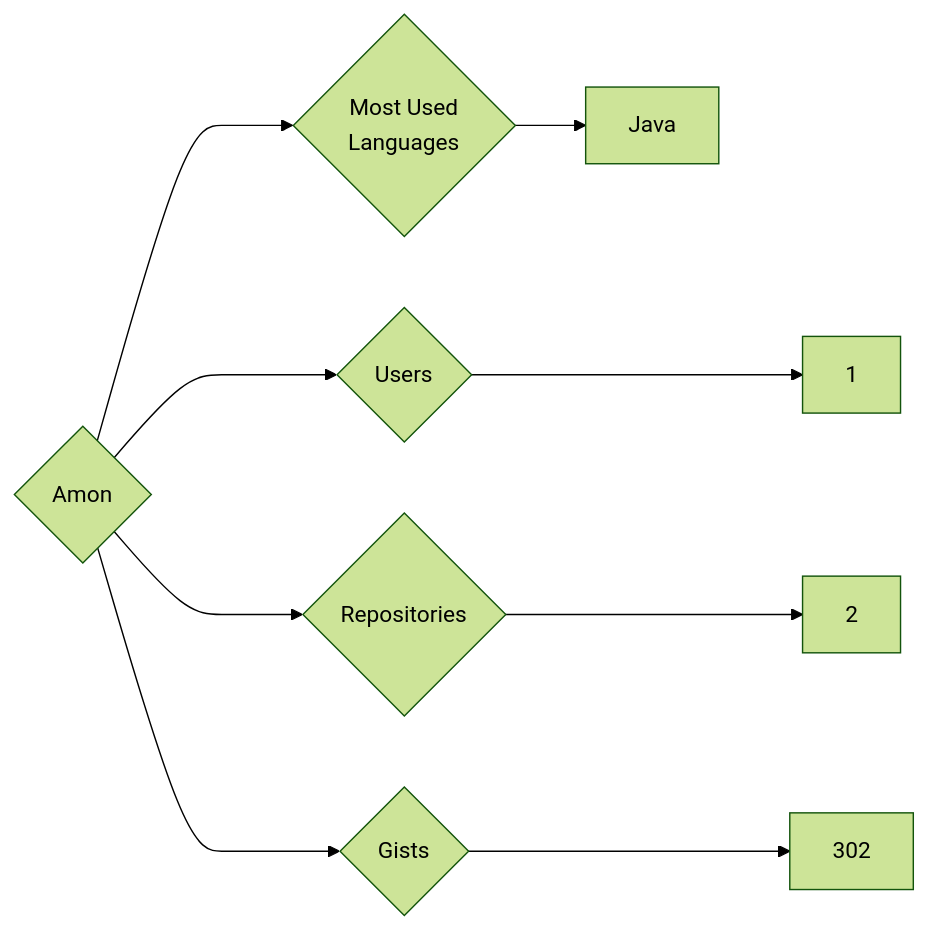
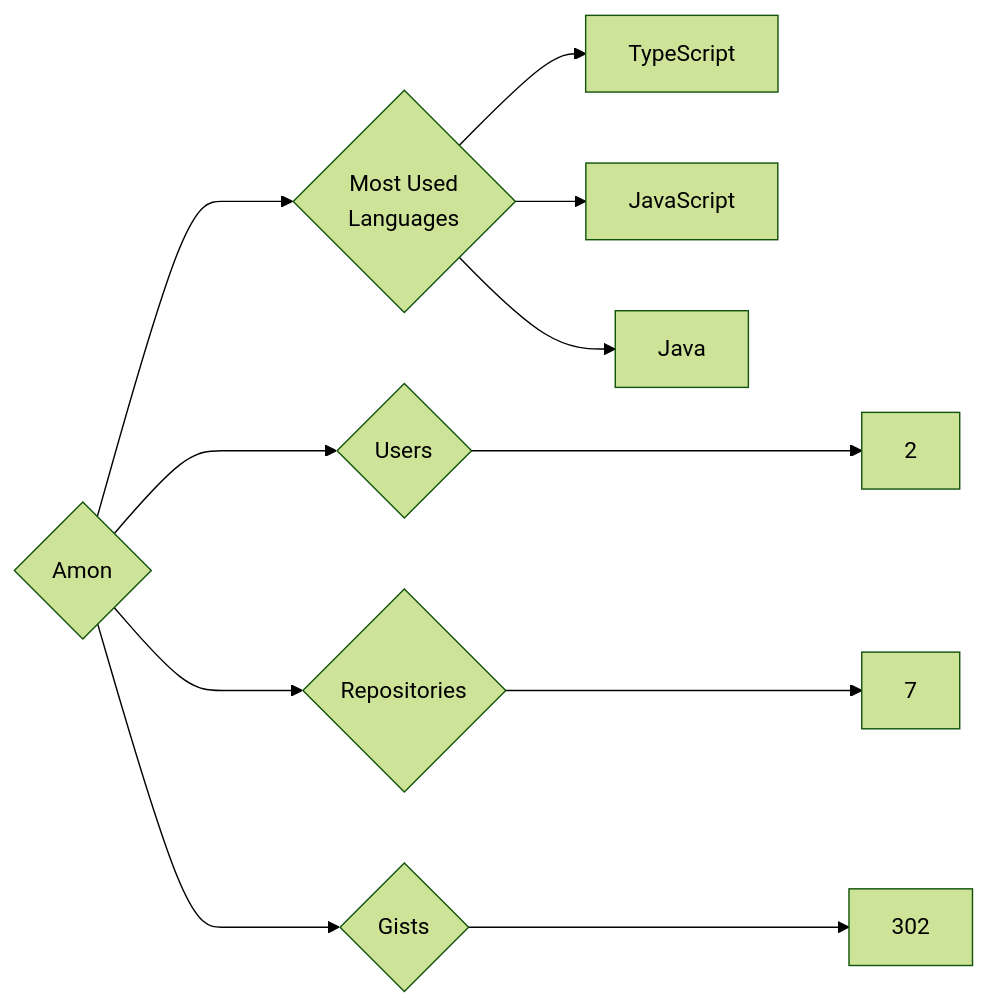
The diagram in targets/Amon/README.md (trickest/insiders), drawn with Mermaid (forest theme) before and after one commit. The commit also changed 942 other files, not shown here.

````diff
--- a/targets/Amon/README.md
+++ b/targets/Amon/README.md
@@ -3,9 +3,11 @@
 ```mermaid
 graph LR
 COMPANY_NAME{Amon}
-COMPANY_NAME ---> U{Users} ---> UN[1]
-COMPANY_NAME ---> R{Repositories} ---> RN[2]
+COMPANY_NAME ---> U{Users} ---> UN[2]
+COMPANY_NAME ---> R{Repositories} ---> RN[7]
 COMPANY_NAME ---> G{Gists} ---> GN[302]
 COMPANY_NAME ---> ML{Most Used<br>Languages}
+ML --> TypeScript[TypeScript]
+ML --> JavaScript[JavaScript]
 ML --> Java[Java]
 ```
````
